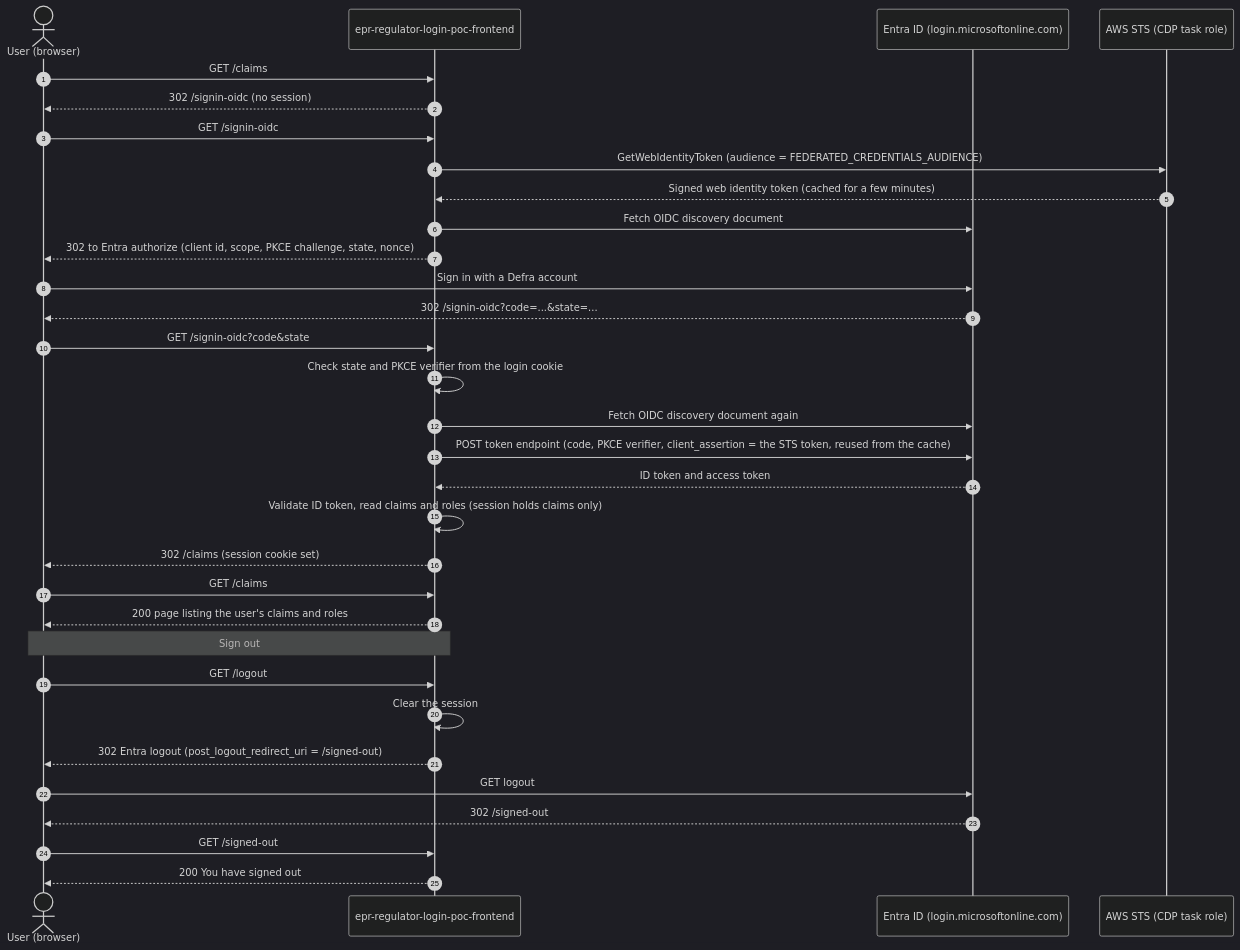
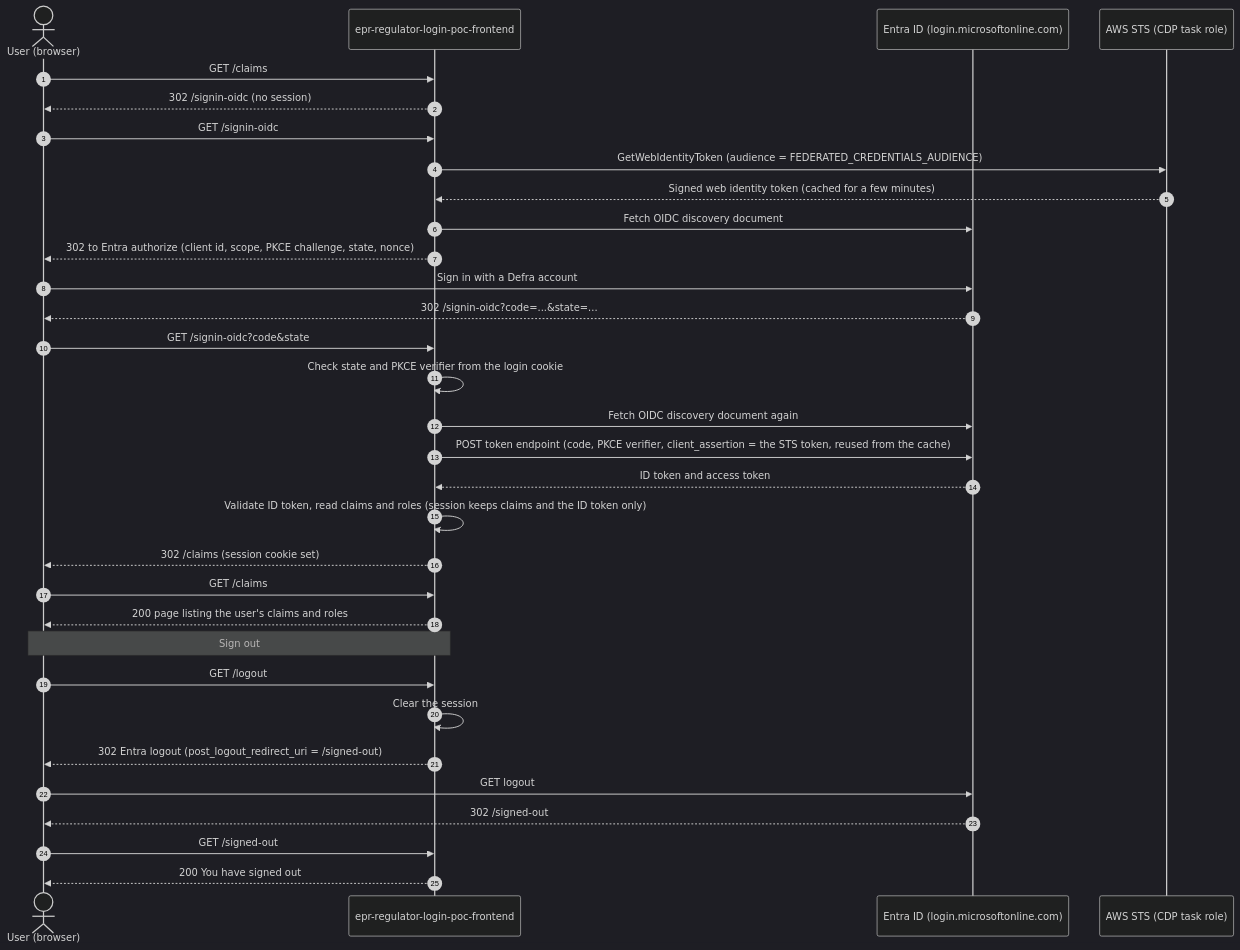
Before and after one commit to DEFRA/epr-regulator-login-poc-frontend: the diagram in README.md, drawn with Mermaid (dark theme). The commit also changed other lines of this file and 10 other files, not shown here.

Commit message:
fix(ELSP-486): blur by default with allowlist and CLAIMS_BLUR switch, redact logout redirect, correct session docs

````diff
--- a/README.md
+++ b/README.md
@@ -253,36 +254,36 @@
 ```mermaid
 sequenceDiagram
     autonumber
     actor User as User (browser)
     participant App as epr-regulator-login-poc-frontend
     participant Entra as Entra ID (login.microsoftonline.com)
     participant STS as AWS STS (CDP task role)
 
     User->>App: GET /claims
     App-->>User: 302 /signin-oidc (no session)
     User->>App: GET /signin-oidc
     App->>STS: GetWebIdentityToken (audience = FEDERATED_CREDENTIALS_AUDIENCE)
     STS-->>App: Signed web identity token (cached for a few minutes)
     App->>Entra: Fetch OIDC discovery document
     App-->>User: 302 to Entra authorize (client id, scope, PKCE challenge, state, nonce)
     User->>Entra: Sign in with a Defra account
     Entra-->>User: 302 /signin-oidc?code=...&state=...
     User->>App: GET /signin-oidc?code&state
     App->>App: Check state and PKCE verifier from the login cookie
     App->>Entra: Fetch OIDC discovery document again
     App->>Entra: POST token endpoint (code, PKCE verifier, client_assertion = the STS token, reused from the cache)
     Entra-->>App: ID token and access token
-    App->>App: Validate ID token, read claims and roles (session holds claims only)
+    App->>App: Validate ID token, read claims and roles (session keeps claims and the ID token only)
     App-->>User: 302 /claims (session cookie set)
     User->>App: GET /claims
     App-->>User: 200 page listing the user's claims and roles
 
     Note over User,App: Sign out
     User->>App: GET /logout
     App->>App: Clear the session
     App-->>User: 302 Entra logout (post_logout_redirect_uri = /signed-out)
     User->>Entra: GET logout
     Entra-->>User: 302 /signed-out
     User->>App: GET /signed-out
     App-->>User: 200 You have signed out
 ```
````
